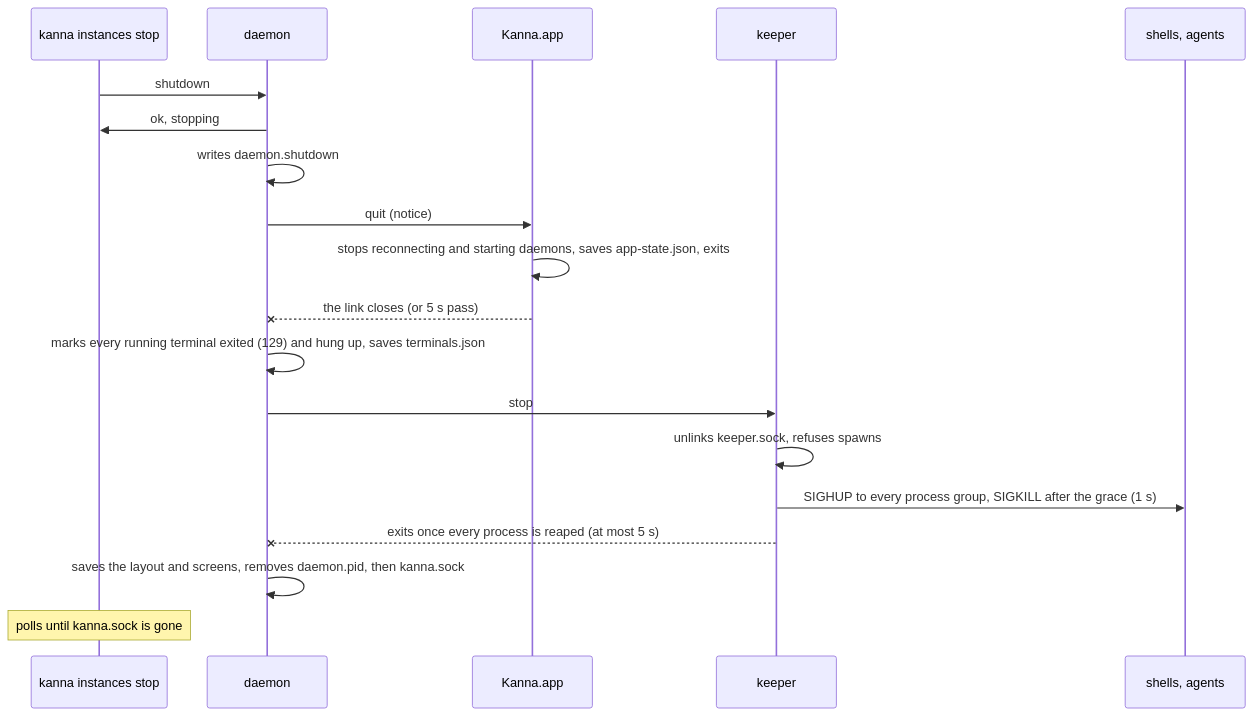
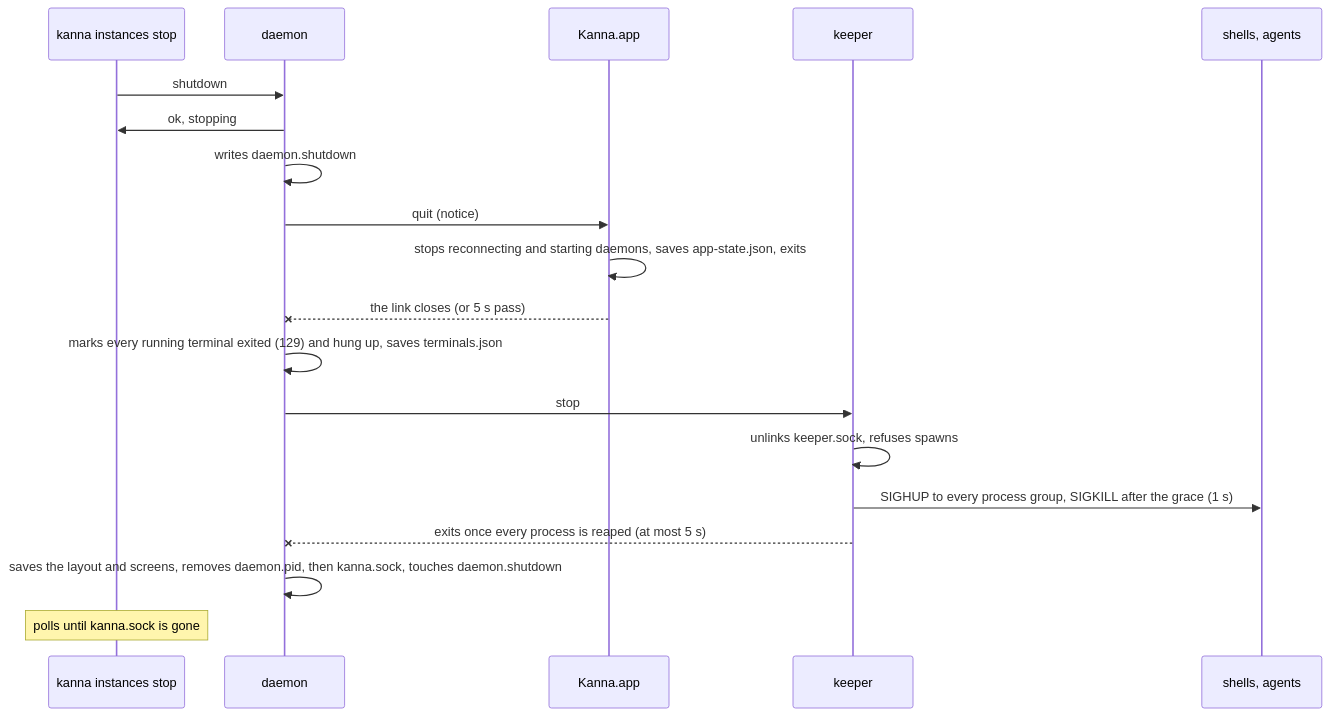
The diagram in docs/specs/instance-stop.md (tampopogk/kanna), drawn with Mermaid before and after one commit. The commit also changed other lines of this file and 3 other files, not shown here.

First line of the commit message:
A daemon started during a shutdown doesn't start, however late it gets to the lock

````diff
--- a/docs/specs/instance-stop.md
+++ b/docs/specs/instance-stop.md
@@ -32,21 +32,21 @@
 ```mermaid
 sequenceDiagram
     participant C as kanna instances stop
     participant D as daemon
     participant A as Kanna.app
     participant K as keeper
     participant P as shells, agents
     C->>D: shutdown
     D->>C: ok, stopping
     D->>D: writes daemon.shutdown
     D->>A: quit (notice)
     A->>A: stops reconnecting and starting daemons, saves app-state.json, exits
     A--xD: the link closes (or 5 s pass)
     D->>D: marks every running terminal exited (129) and hung up, saves terminals.json
     D->>K: stop
     K->>K: unlinks keeper.sock, refuses spawns
     K->>P: SIGHUP to every process group, SIGKILL after the grace (1 s)
     K--xD: exits once every process is reaped (at most 5 s)
-    D->>D: saves the layout and screens, removes daemon.pid, then kanna.sock
+    D->>D: saves the layout and screens, removes daemon.pid, then kanna.sock, touches daemon.shutdown
     Note over C: polls until kanna.sock is gone
 ```
````
